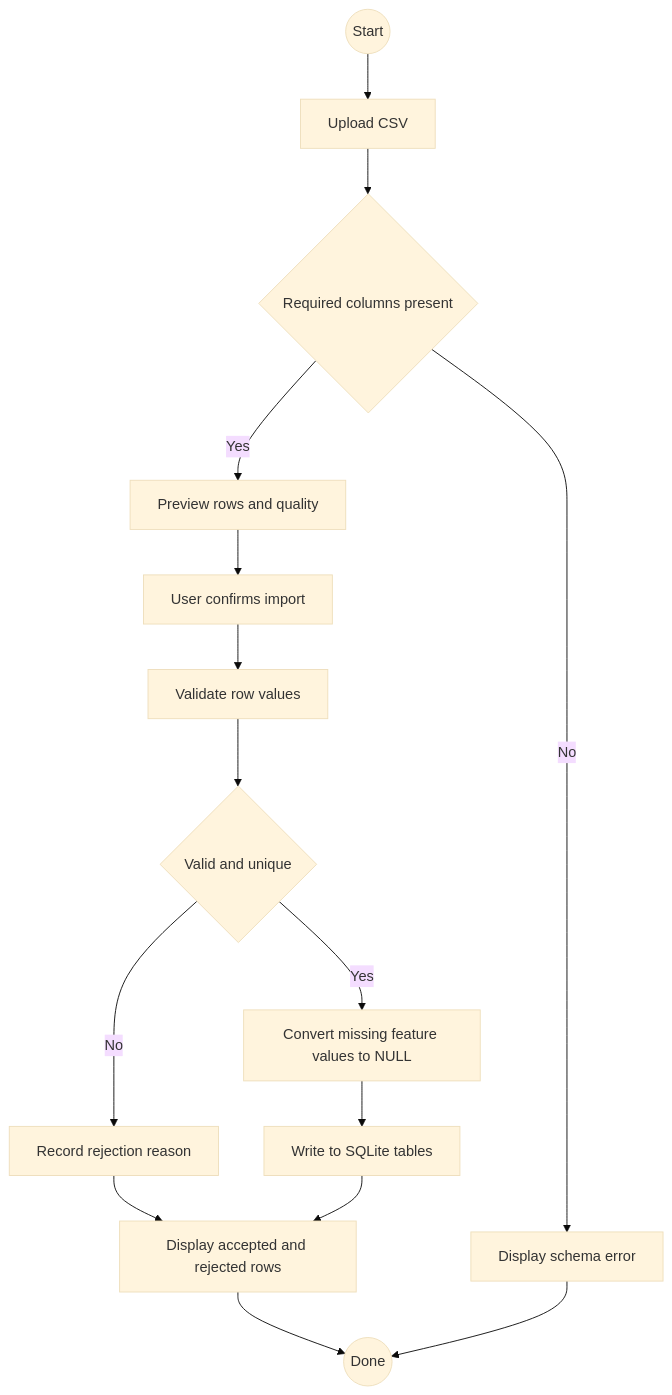
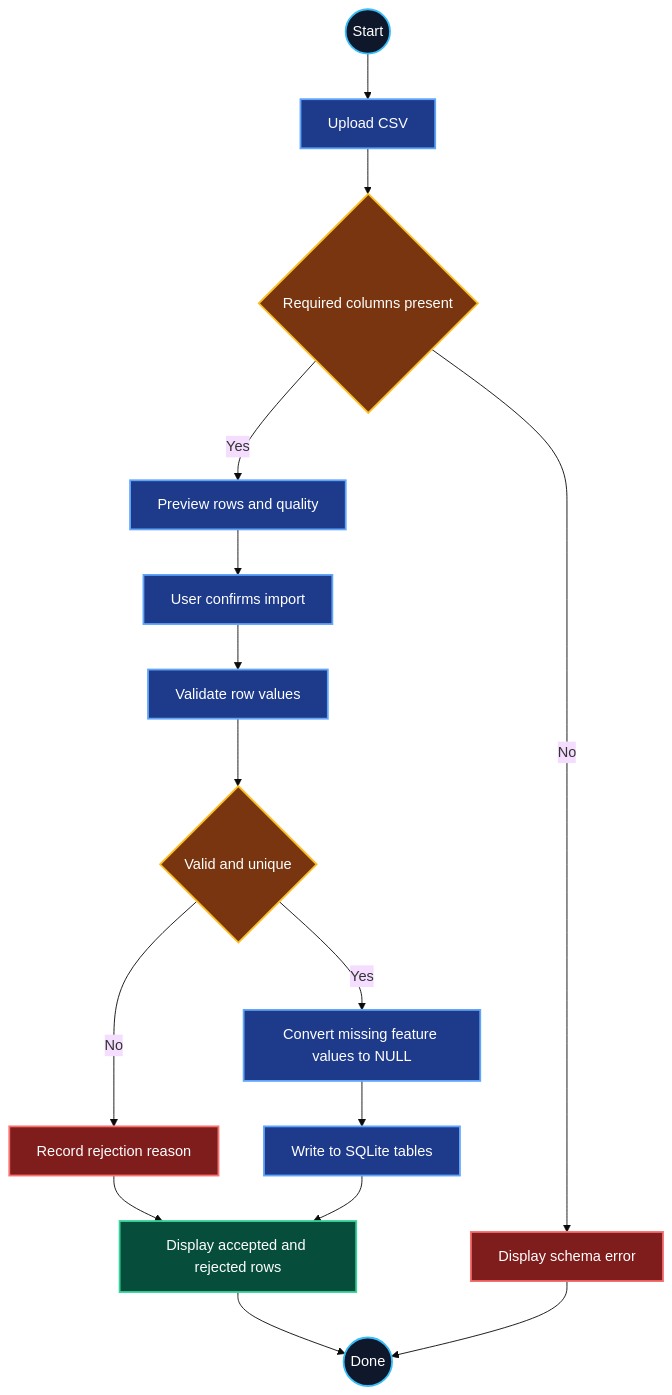
One commit to Shotza247/Employee_Full-Stack_Churn_ML changed the third of 7 diagrams in README.md. Above: the diagram before and after it, drawn with Mermaid (base theme). The commit also changed other lines of this file and 1 other file, not shown here.

Commit message:
Updated implementation documentation and used IBM Bob to help with creating the architecture diagrams since it couples well with mermaid diagram creatio.

````diff
--- a/README.md
+++ b/README.md
@@ -168,17 +224,29 @@
 ```mermaid
 flowchart TB
     start((Start)) --> upload["Upload CSV"]
     upload --> schema{"Required columns present"}
     schema -- No --> error["Display schema error"]
     schema -- Yes --> preview["Preview rows and quality"]
     preview --> confirm["User confirms import"]
     confirm --> validate["Validate row values"]
     validate --> duplicate{"Valid and unique"}
     duplicate -- No --> reject["Record rejection reason"]
     duplicate -- Yes --> normalize["Convert missing feature values to NULL"]
     normalize --> persist["Write to SQLite tables"]
     reject --> summary["Display accepted and rejected rows"]
     persist --> summary
     summary --> finish((Done))
     error --> finish
+
+    classDef terminalNode fill:#0F172A,stroke:#38BDF8,stroke-width:2px,color:#ffffff;
+    classDef processNode fill:#1E3A8A,stroke:#60A5FA,stroke-width:2px,color:#ffffff;
+    classDef decisionNode fill:#78350F,stroke:#FBBF24,stroke-width:2px,color:#ffffff;
+    classDef errorNode fill:#7F1D1D,stroke:#F87171,stroke-width:2px,color:#ffffff;
+    classDef successNode fill:#064E3B,stroke:#34D399,stroke-width:2px,color:#ffffff;
+
+    class start,finish terminalNode;
+    class upload,preview,confirm,validate,normalize,persist processNode;
+    class schema,duplicate decisionNode;
+    class error,reject errorNode;
+    class summary successNode;
 ```
````
